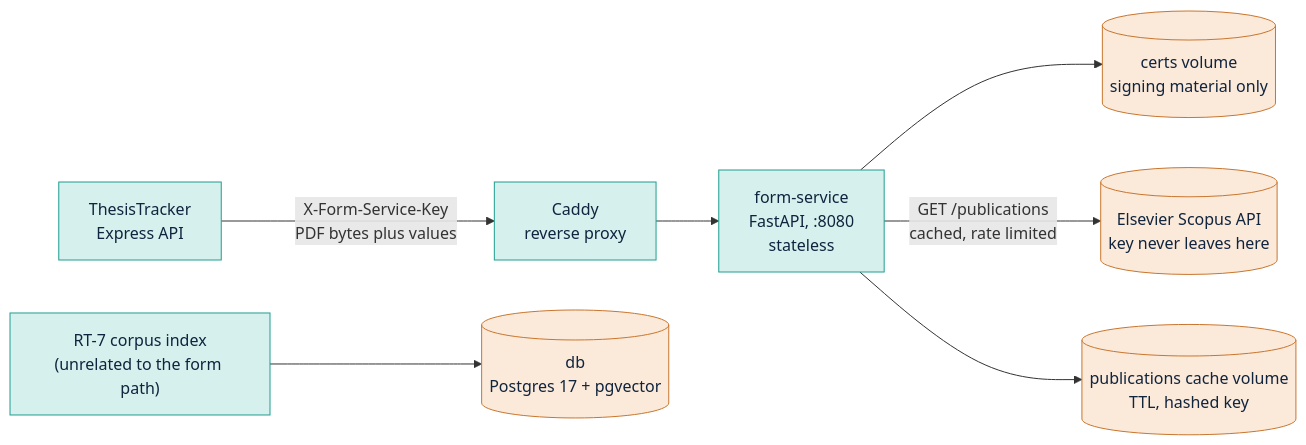
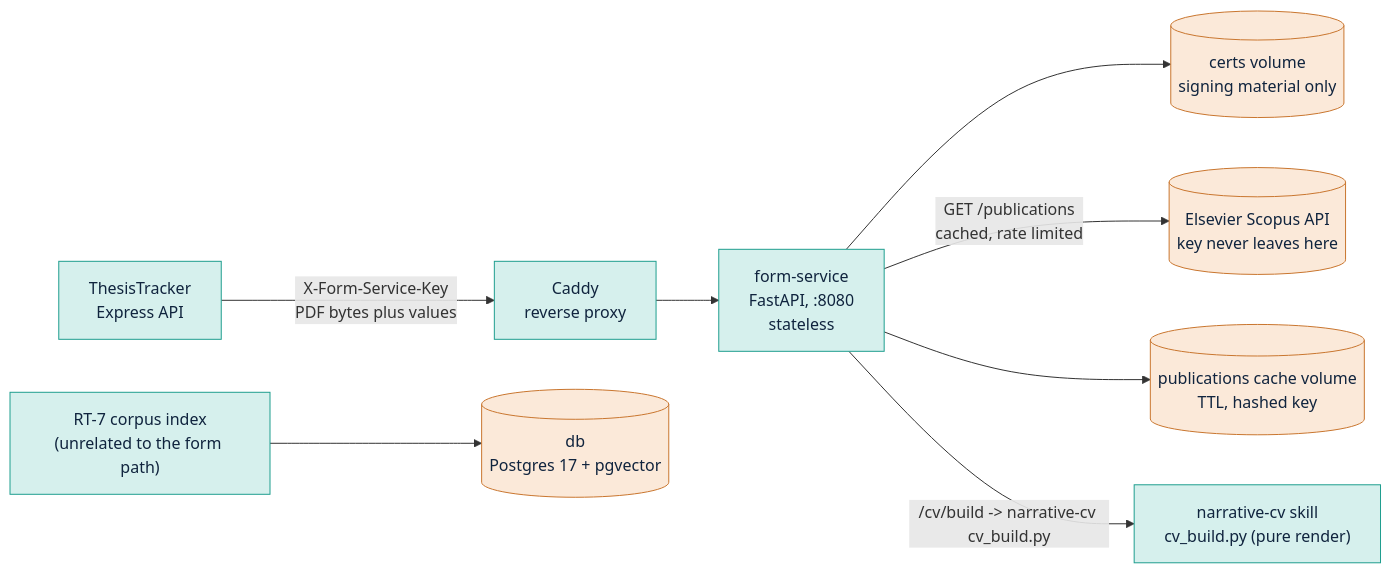
Before and after one commit to LARi-UQAC/ResearchTools: the eighth of 8 diagrams in Architecture.md, drawn with Mermaid. The commit also changed other lines of this file and 8 other files, not shown here.

````diff
--- a/Architecture.md
+++ b/Architecture.md
@@ -636,14 +639,15 @@
 ```mermaid
 flowchart LR
   TT["ThesisTracker<br/>Express API"] -->|"X-Form-Service-Key<br/>PDF bytes plus values"| CADDY["Caddy<br/>reverse proxy"]
   CADDY --> FS["form-service<br/>FastAPI, :8080<br/>stateless"]
   FS --> CERT[("certs volume<br/>signing material only")]
   FS -->|"GET /publications<br/>cached, rate limited"| SCOPUS[("Elsevier Scopus API<br/>key never leaves here")]
   FS --> PUBCACHE[("publications cache volume<br/>TTL, hashed key")]
+  FS -->|"/cv/build -> narrative-cv cv_build.py"| CVBUILD["narrative-cv skill<br/>cv_build.py (pure render)"]
   RT7["RT-7 corpus index<br/>(unrelated to the form path)"] --> DB[("db<br/>Postgres 17 + pgvector")]
 
   classDef svc fill:#D6F0ED,stroke:#1F9E8F,color:#10243E
   classDef store fill:#FBE9D9,stroke:#C9762F,color:#10243E
-  class TT,CADDY,FS,RT7 svc
+  class TT,CADDY,FS,RT7,CVBUILD svc
   class CERT,DB,SCOPUS,PUBCACHE store
 ```
````
